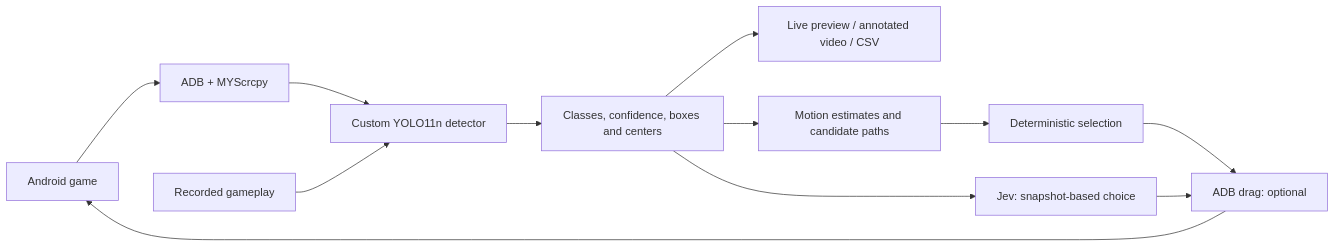
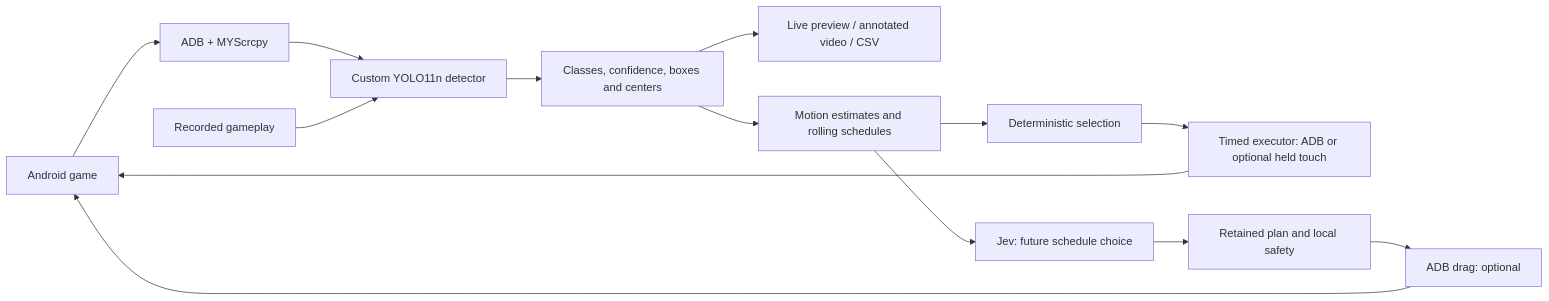
Before and after one commit to Programalyst/realtime-vision-decision-agent: the diagram in README.md, drawn with Mermaid. The commit also changed other lines of this file and 32 other files, not shown here.

````diff
--- a/README.md
+++ b/README.md
@@ -23,14 +27,16 @@
 ```mermaid
 flowchart LR
     Phone[Android game] --> Capture[ADB + MYScrcpy]
     Capture --> YOLO[Custom YOLO11n detector]
     Video[Recorded gameplay] --> YOLO
     YOLO --> Objects[Classes, confidence, boxes and centers]
     Objects --> Preview[Live preview / annotated video / CSV]
-    Objects --> Planner[Motion estimates and candidate paths]
+    Objects --> Planner[Motion estimates and rolling schedules]
     Planner --> Rules[Deterministic selection]
-    Rules --> Control
-    Objects --> Jev[Jev: snapshot-based choice]
-    Jev --> Control[ADB drag: optional]
+    Rules --> Executor[Timed executor: ADB or optional held touch]
+    Executor --> Phone
+    Planner --> Jev[Jev: future schedule choice]
+    Jev --> Local[Retained plan and local safety]
+    Local --> Control[ADB drag: optional]
     Control --> Phone
 ```
````
